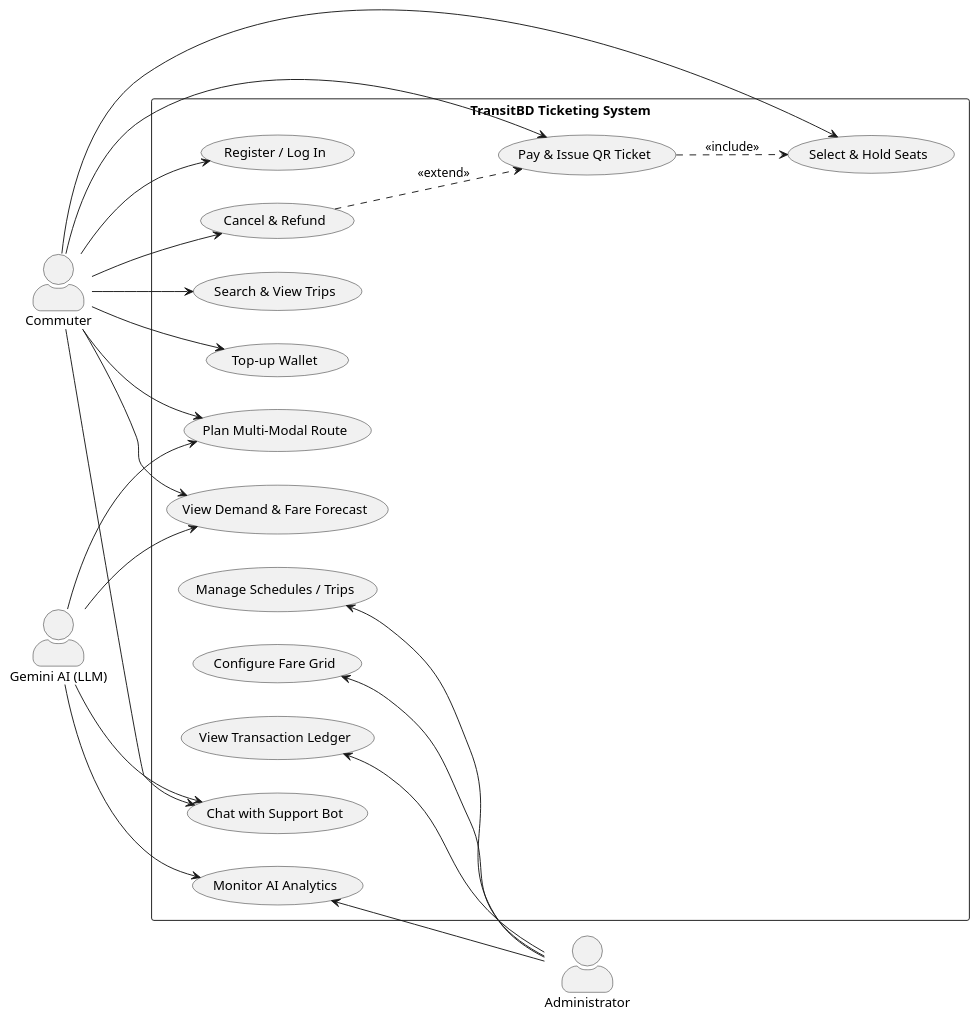
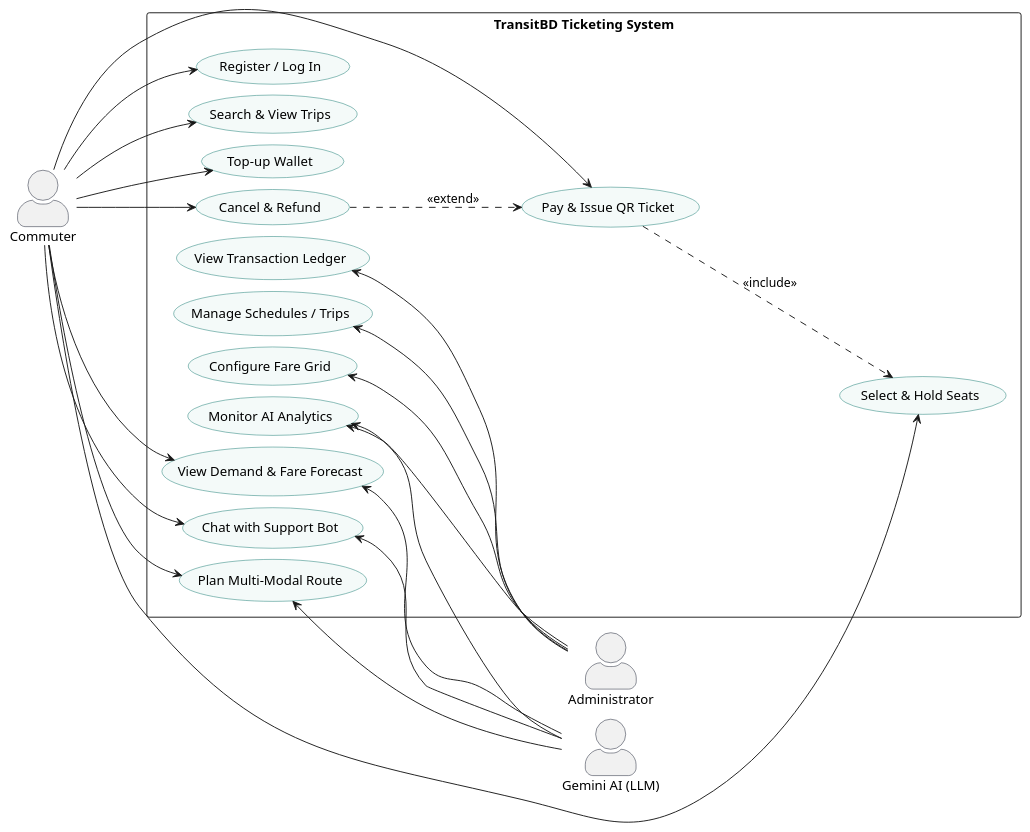
One commit to Munem3/transit-ticketing-system changed the diagram in docs/use-case.puml. Above: the diagram before and after it, drawn with PlantUML. The commit also changed 1 other file, not shown here.

Commit message:
Improve use-case diagram placement (cleaner layout, teal theme)

```diff
--- a/docs/use-case.puml
+++ b/docs/use-case.puml
@@ -1,55 +1,65 @@
 @startuml TransitBD-UseCase
 ' Render at https://www.plantuml.com/plantuml  (or the VS Code PlantUML extension)
 left to right direction
 skinparam packageStyle rectangle
 skinparam actorStyle awesome
 skinparam shadowing false
+skinparam nodesep 12
+skinparam ranksep 90
+skinparam usecase {
+  BackgroundColor #F4FAF9
+  BorderColor #0F766E
+}
+skinparam actorBorderColor #0F172A
 
 actor "Commuter" as U
-actor "Administrator" as A
-actor "Gemini AI (LLM)" as G
 
 rectangle "TransitBD Ticketing System" {
+  ' --- Commuter-only use cases (top) ---
   usecase "Register / Log In" as UC1
   usecase "Search & View Trips" as UC2
   usecase "Select & Hold Seats" as UC3
   usecase "Pay & Issue QR Ticket" as UC4
   usecase "Top-up Wallet" as UC5
   usecase "Cancel & Refund" as UC6
+  ' --- AI-powered use cases (middle) ---
   usecase "Chat with Support Bot" as UC7
   usecase "Plan Multi-Modal Route" as UC8
   usecase "View Demand & Fare Forecast" as UC9
-
+  usecase "Monitor AI Analytics" as UC13
+  ' --- Admin-only use cases (bottom) ---
   usecase "Manage Schedules / Trips" as UC10
   usecase "Configure Fare Grid" as UC11
   usecase "View Transaction Ledger" as UC12
-  usecase "Monitor AI Analytics" as UC13
 }
 
-' Commuter (left side)
+actor "Administrator" as A
+actor "Gemini AI (LLM)" as G
+
+' Commuter (left) — arrows point into the use cases
 U --> UC1
 U --> UC2
 U --> UC3
 U --> UC4
 U --> UC5
 U --> UC6
 U --> UC7
 U --> UC8
 U --> UC9
 
-' Payment / hold relationships
+' Include / extend relationships
 UC4 ..> UC3 : <<include>>
 UC6 ..> UC4 : <<extend>>
 
-' Administrator (right side) — arrow points from admin into the use cases
+' Gemini AI (right) — powers the AI use cases, arrows point into the use cases
+UC7 <-- G
+UC8 <-- G
+UC9 <-- G
+UC13 <-- G
+
+' Administrator (right) — arrows point into the use cases
+UC13 <-- A
 UC10 <-- A
 UC11 <-- A
 UC12 <-- A
-UC13 <-- A
-
-' Gemini AI provides / powers the AI use cases (arrow points into the use cases)
-G --> UC7
-G --> UC8
-G --> UC9
-G --> UC13
 @enduml
```
